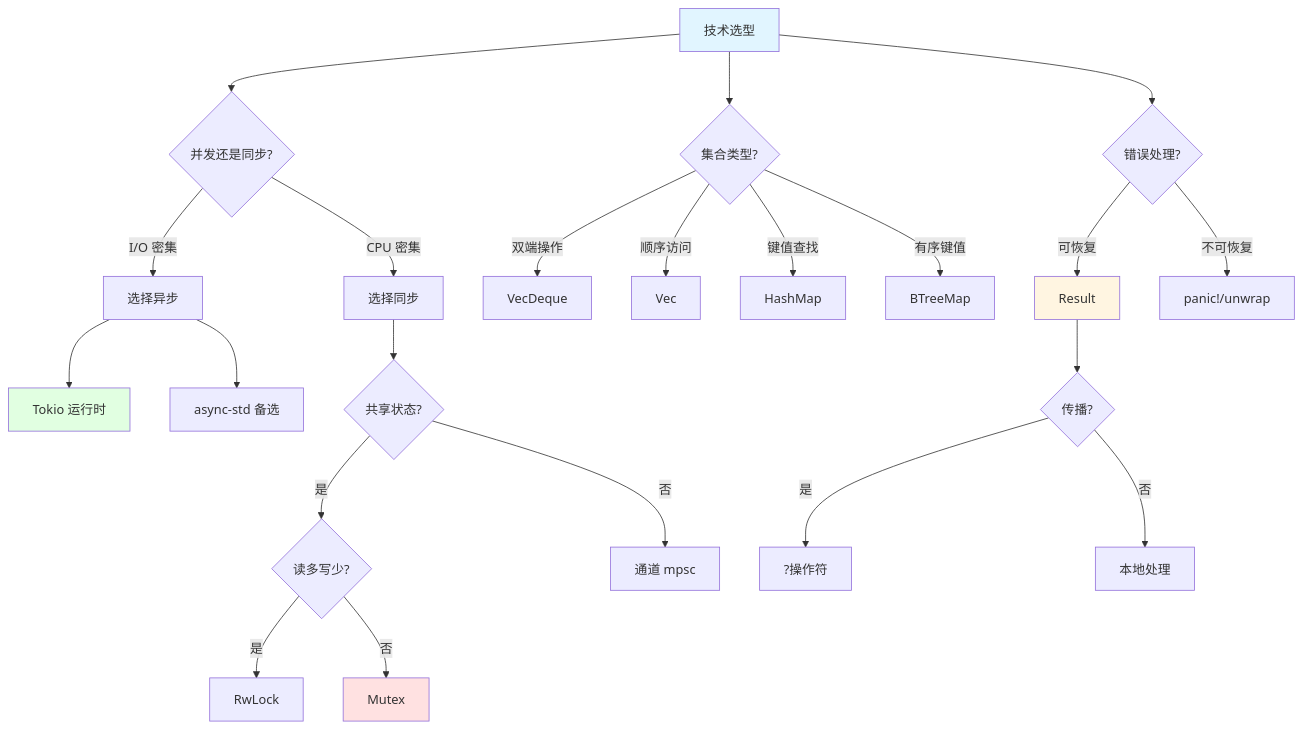
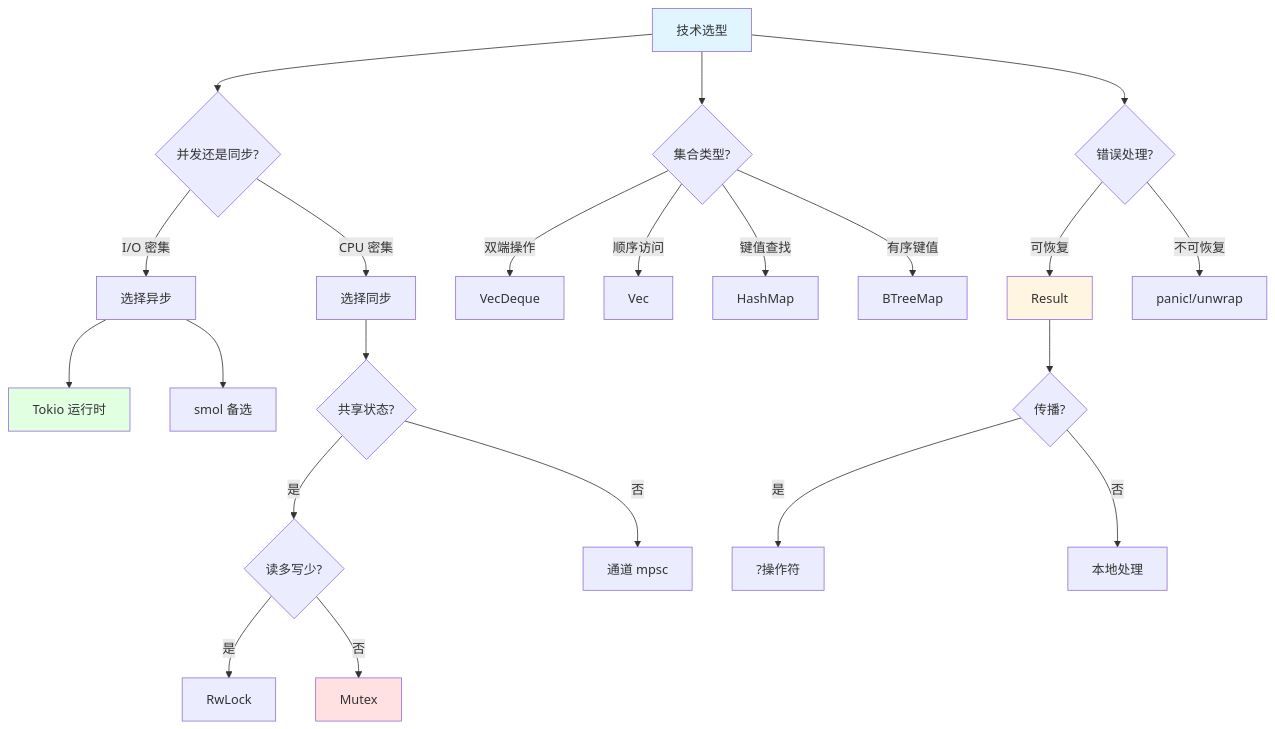
Diagram 13 of 30 in docs/04_thinking/04_thinking_representation_methods.md (martin-ly/rust-lang), drawn with Mermaid before and after one commit. The commit also changed other lines of this file and 1463 other files, not shown here.

````diff
--- a/docs/04_thinking/04_thinking_representation_methods.md
+++ b/docs/04_thinking/04_thinking_representation_methods.md
@@ -785,35 +785,35 @@
 ```mermaid
 graph TD
     Start[技术选型] --> Q1{并发还是同步?}
     Q1 -->|I/O 密集| Async[选择异步]
     Q1 -->|CPU 密集| Sync[选择同步]
 
     Async --> Async1[Tokio 运行时]
-    Async --> Async2[async-std 备选]
+    Async --> Async2[smol 备选]
 
     Sync --> Q2{共享状态?}
     Q2 -->|是| Q3{读多写少?}
     Q2 -->|否| Chan[通道 mpsc]
 
     Q3 -->|是| RwLock[RwLock]
     Q3 -->|否| Mutex[Mutex]
 
     Start --> Q4{集合类型?}
     Q4 -->|双端操作| VecDeque[VecDeque]
     Q4 -->|顺序访问| Vec[Vec]
     Q4 -->|键值查找| HashMap[HashMap]
     Q4 -->|有序键值| BTreeMap[BTreeMap]
 
     Start --> Q5{错误处理?}
     Q5 -->|可恢复| Result[Result<T,E>]
     Q5 -->|不可恢复| Panic["panic!/unwrap"]
 
     Result --> Q6{传播?}
     Q6 -->|是| Propagate[?操作符]
     Q6 -->|否| Handle[本地处理]
 
     style Start fill:#e1f5ff
     style Async1 fill:#e1ffe1
     style Mutex fill:#ffe1e1
     style Result fill:#fff5e1
 ```
````
